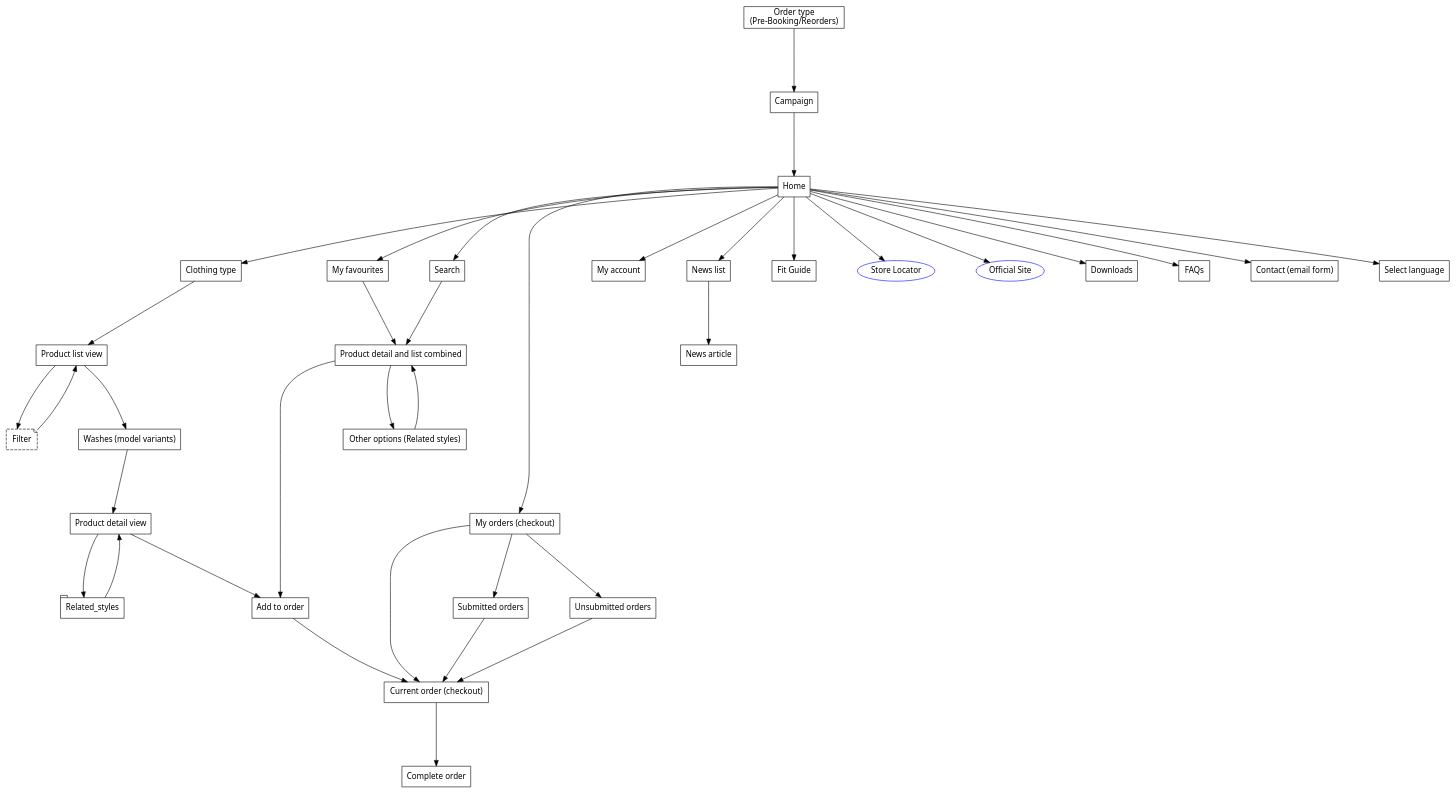
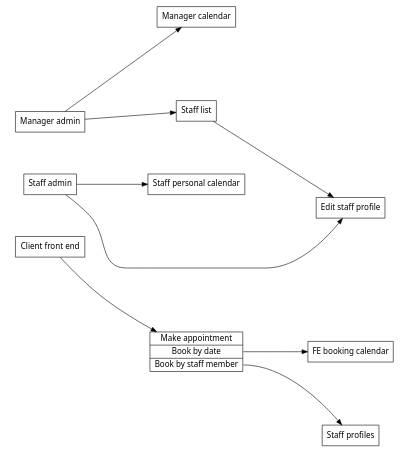
One commit to plonko/shiny-weight changed the diagram in assets-ia-graphviz.gv. Above: the diagram before and after it, drawn with Graphviz. The commit also changed 1 other file, not shown here.

```diff
--- a/assets-ia-graphviz.gv
+++ b/assets-ia-graphviz.gv
@@ -1,183 +1,100 @@
-digraph booklayout {
+digraph bookem_ia {
     graph [
-        //rankdir = "LR",
+        rankdir = "LR",
         nodesep= 1,
     ];
 
     node [shape=tab, fontname="Sans"];
     edge [minlen=3];
 
-    // Music
-    home[
-        label="Home"
+    // Manager role
+    subgraph cluster_0 {
+        style="invis"
+        color="white"
+        manager_admin[
+            label="Manager admin"
+            shape = "record"
+        ];
+        staff_admin[
+            label="Staff admin"
+            shape = "record"
+        ];
+        client[
+            label="Client front end"
+            shape = "record"
+        ];
+    }
+
+    manager_calendar[
+        label="Manager calendar"
         shape = "record"
     ];
 
-    order_type[
-        label="Order type &#92;n (Pre-Booking/Reorders)"
+    staff_list[
+        label="Staff list"
         shape = "record"
     ];
 
-    campaign[
-        label="Campaign"
+    // Staff role
+
+    staff_calendar[
+        label="Staff personal calendar"
         shape = "record"
     ];
 
-    clothing_type[
-        label="Clothing type"
+    staff_profile_edit[
+        label="Edit staff profile"
         shape = "record"
     ];
 
-    product_list[
-        label="Product list view"
+    // Client role
+
+    make_appointment[
+        label="Make appointment|<f0>Book by date|<f1>Book by staff member"
         shape = "record"
     ];
 
-    product_detail[
-        label="Product detail view"
+    booking_calendar[
+        label="FE booking calendar"
+        shape = "record"
+    ];
+    
+    staff_profiles[
+        label="Staff profiles"
         shape = "record"
     ];
 
-    product_variants[
-        label="Washes (model variants)"
-        shape = "record"
-    ];
 
-    product_list_detail[
-        label="Product detail and list combined"
-        shape = "record"
-    ];
+    manager_admin -> manager_calendar;
+    manager_admin -> staff_list -> staff_profile_edit;
 
-    add_to_order[
-        label="Add to order"
-        shape = "record"
-    ];
+    staff_admin -> staff_calendar;
+    staff_admin -> staff_profile_edit;
+    
+    client -> make_appointment;
 
-    checkout[
-        label="My orders (checkout)"
-        shape = "record"
-    ];
-
-    favourites[
-        label="My favourites"
-        shape = "record"
-    ];
-
-    search[
-        label="Search"
-        shape = "record"
-    ];
-
-    account[
-        label="My account"
-        shape = "record"
-    ];
-
-    complete_checkout[
-        label="Complete order"
-        shape = "record"
-    ];
-
-    current_order[
-        label="Current order (checkout)"
-        shape = "record"
-    ];
-
-    submitted_orders[
-        label="Submitted orders"
-        shape = "record"
-    ];
-
-    unsubmitted_orders[
-        label="Unsubmitted orders"
-        shape = "record"
-    ];
-
-    news_list[
-        label="News list"
-        shape = "record"
-    ];
-
-    news_detail[
-        label="News article"
-        shape = "record"
-    ];
-
-    fit_guide[
-        label="Fit Guide"
-        shape = "record"
-    ];
-
-    related[
-        label="Other options (Related styles)"
-        shape = "record"
-    ];
-
-    store_guide[
-        label="Store Locator"
-        shape = "oval"
-        color=blue
-    ];
-
-    official_site[
-        label="Official Site"
-        shape = "oval"
-        color=blue
-    ];
-
-    downloads[
-        label="Downloads"
-        shape = "record"
-    ];
-
-    faqs[
-        label="FAQs"
-        shape = "record"
-    ];
-
-    filter[
-        label="Filter"
-        shape=note
-        style=dashed
-    ]
-
-    contact[
-        label="Contact (email form)"
-        shape = "record"
-    ];
-
-    language[
-        label="Select language"
-        shape = "record"
-    ];
-
-    order_type -> campaign -> home;
-
-    home -> clothing_type;
-    home -> fit_guide;
-    home -> store_guide;
-    home -> official_site;
-    home -> news_list -> news_detail;
-    home -> downloads;
-    home -> faqs;
-    home -> contact;
-    home -> language;
-    home -> account;
+    make_appointment:f0 -> booking_calendar;
+    make_appointment:f1 -> staff_profiles;
+    //home -> downloads;
+    //home -> faqs;
+    //home -> contact;
+    //home -> language;
+    //home -> account;
 
     //news_list:f3 -> fit_guide;
 
 
-    clothing_type -> product_list;
-    product_list -> filter -> product_list;
-    product_list -> product_variants -> product_detail -> Related_styles -> product_detail;
-    product_detail -> add_to_order -> current_order -> complete_checkout;
+    //clothing_type -> product_list;
+    //product_list -> filter -> product_list;
+    //product_list -> product_variants -> product_detail -> Related_styles -> product_detail;
+    //product_detail -> add_to_order -> current_order -> complete_checkout;
 
-    home -> checkout -> current_order;
-    checkout -> submitted_orders -> current_order;
-    checkout -> unsubmitted_orders -> current_order;
+    //home -> checkout -> current_order;
+    //checkout -> submitted_orders -> current_order;
+    //heckout -> unsubmitted_orders -> current_order;
 
-    home -> favourites -> product_list_detail;
+    //home -> favourites -> product_list_detail;
 
-    home -> search -> product_list_detail -> related -> product_list_detail -> add_to_order;
+    //home -> search -> product_list_detail -> related -> product_list_detail -> add_to_order;
 
 }
```
